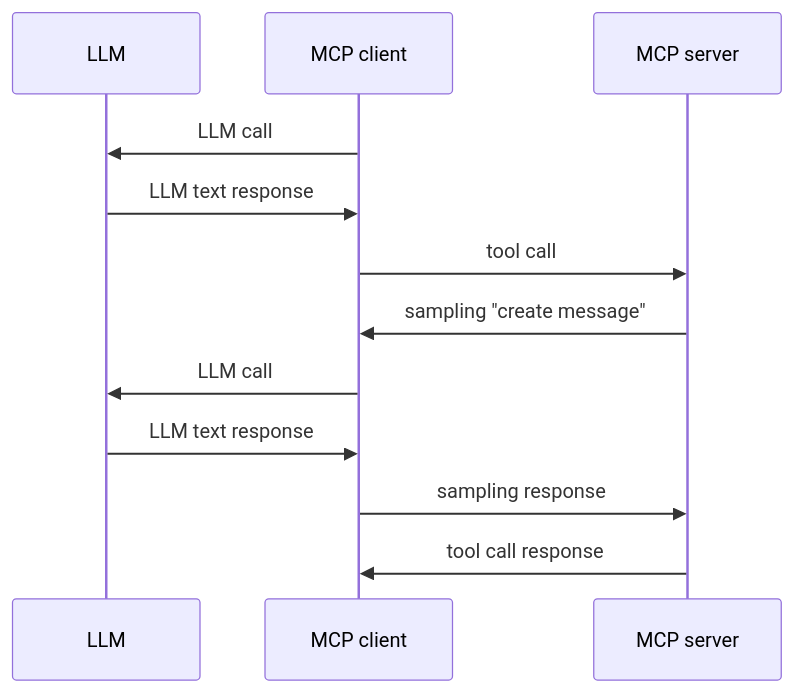
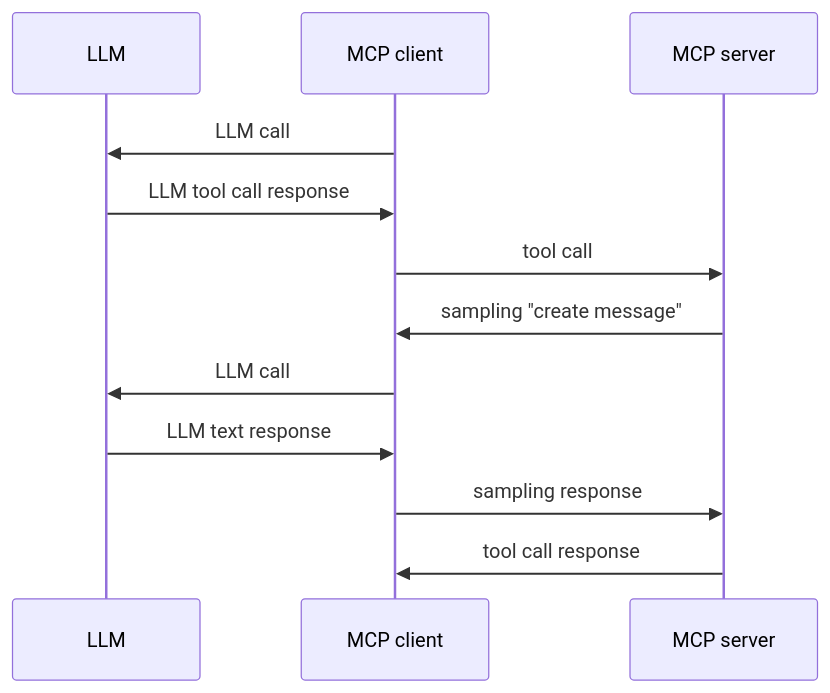
The diagram in 2025-06-ai-engineer-mcp/README.md (pydantic/talks), drawn with Mermaid before and after one commit. The commit also changed other lines of this file, not shown here.

Commit message:
readme typos

````diff
--- a/2025-06-ai-engineer-mcp/README.md
+++ b/2025-06-ai-engineer-mcp/README.md
@@ -85,18 +85,18 @@
 ```mermaid
 sequenceDiagram
     participant LLM
     participant MCP_Client as MCP client
     participant MCP_Server as MCP server
 
     MCP_Client->>LLM: LLM call
-    LLM->>MCP_Client: LLM text response
+    LLM->>MCP_Client: LLM tool call response
 
     MCP_Client->>MCP_Server: tool call
     MCP_Server->>MCP_Client: sampling "create message"
 
     MCP_Client->>LLM: LLM call
     LLM->>MCP_Client: LLM text response
 
     MCP_Client->>MCP_Server: sampling response
     MCP_Server->>MCP_Client: tool call response
 ```
````
